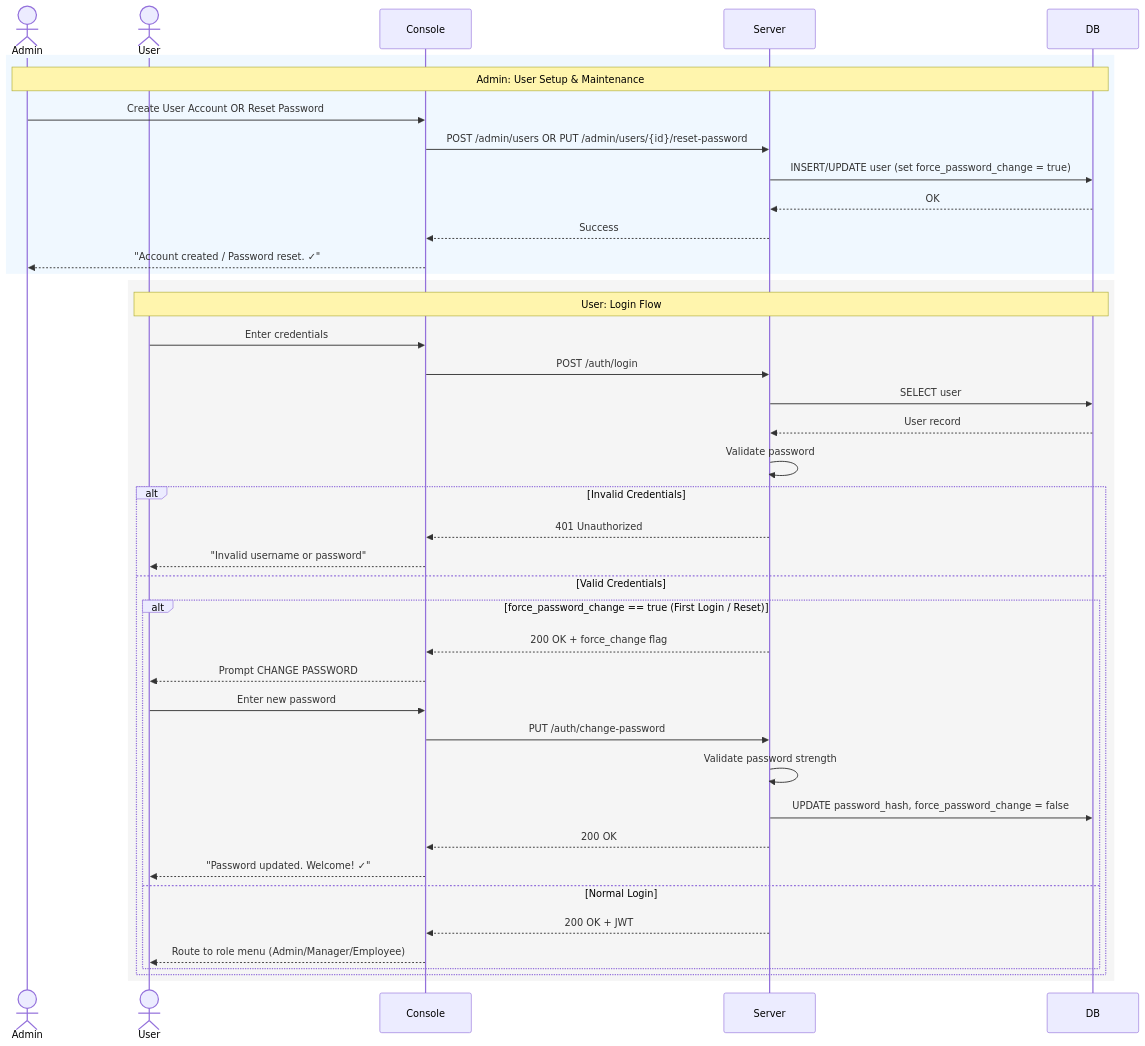
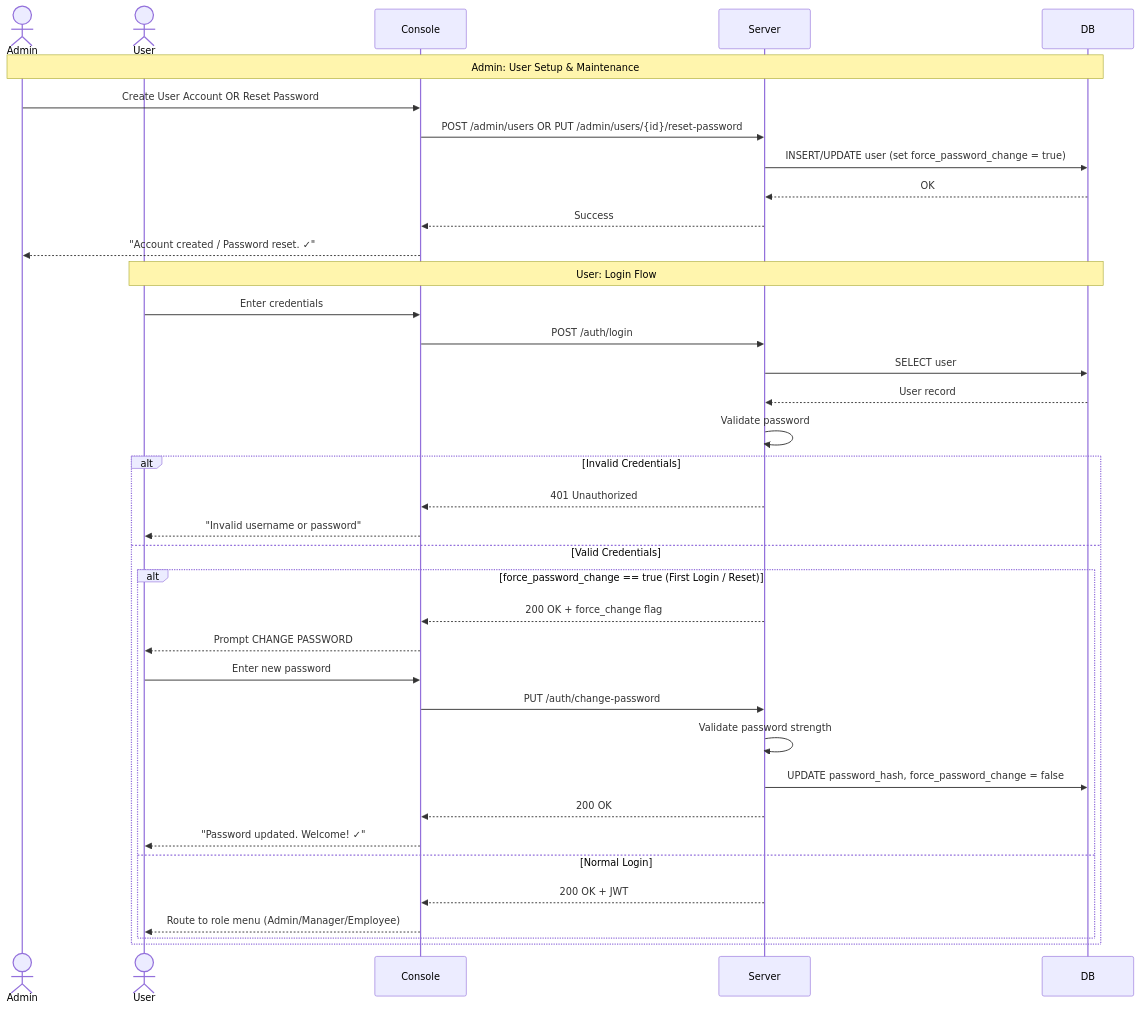
The first of 5 diagrams in UML Design/sequence_diagrams.md (RiyaAmetaITT/Project-Resource-Management-tool), drawn with Mermaid before and after one commit. The commit also changed other lines of this file, not shown here.

Commit message:
Changed sequnce diagram

````diff
--- a/UML Design/sequence_diagrams.md
+++ b/UML Design/sequence_diagrams.md
@@ -10,46 +10,42 @@
 ```mermaid
 sequenceDiagram
     actor Admin
     actor User
     participant Console
     participant Server
     participant DB
 
-    rect rgb(240, 248, 255)
     Note over Admin,DB: Admin: User Setup & Maintenance
     Admin->>Console: Create User Account OR Reset Password
     Console->>Server: POST /admin/users OR PUT /admin/users/{id}/reset-password
     Server->>DB: INSERT/UPDATE user (set force_password_change = true)
     DB-->>Server: OK
     Server-->>Console: Success
     Console-->>Admin: "Account created / Password reset. ✓"
-    end
 
-    rect rgb(245, 245, 245)
     Note over User,DB: User: Login Flow
     User->>Console: Enter credentials
     Console->>Server: POST /auth/login
     Server->>DB: SELECT user
     DB-->>Server: User record
     Server->>Server: Validate password
     
     alt Invalid Credentials
         Server-->>Console: 401 Unauthorized
         Console-->>User: "Invalid username or password"
     else Valid Credentials
         alt force_password_change == true (First Login / Reset)
             Server-->>Console: 200 OK + force_change flag
             Console-->>User: Prompt CHANGE PASSWORD
             User->>Console: Enter new password
             Console->>Server: PUT /auth/change-password
             Server->>Server: Validate password strength
             Server->>DB: UPDATE password_hash, force_password_change = false
             Server-->>Console: 200 OK
             Console-->>User: "Password updated. Welcome! ✓"
         else Normal Login
             Server-->>Console: 200 OK + JWT
             Console-->>User: Route to role menu (Admin/Manager/Employee)
         end
     end
-    end
 ```
````
